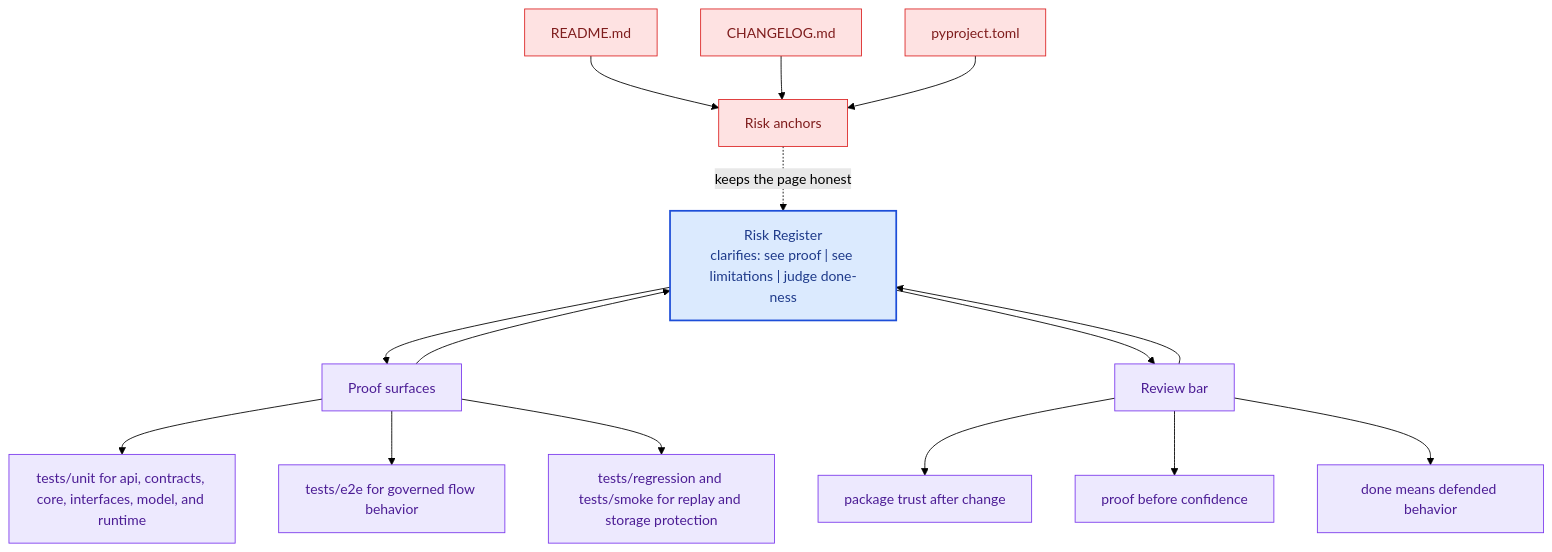
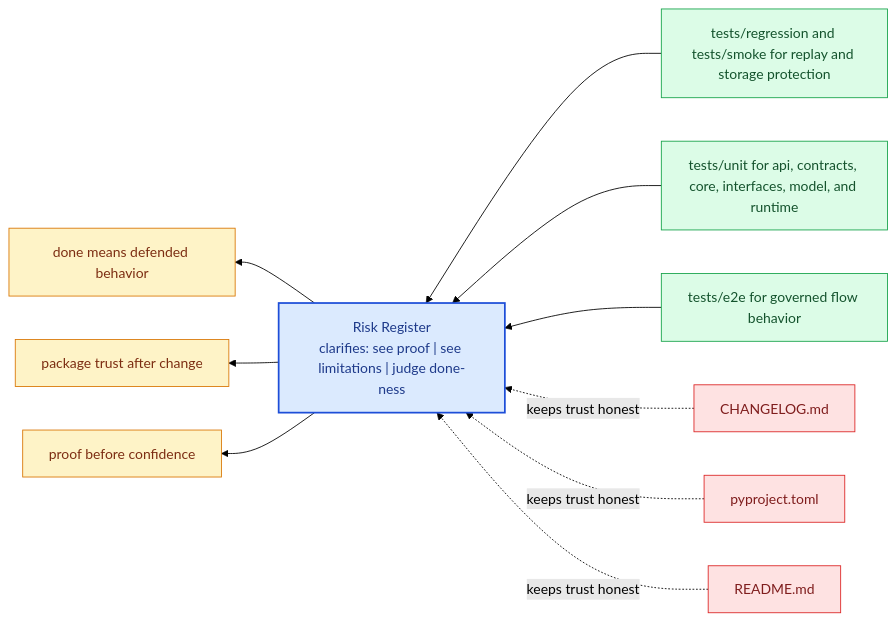
One commit to bijux/bijux-canon changed the diagram in docs/bijux-canon-runtime/quality/risk-register.md. Above: the diagram before and after it, drawn with Mermaid (forest theme). The commit also changed other lines of this file and 281 other files, not shown here.

Commit message:
docs(diagrams): replace repeated mermaid scaffolds with page-specific summaries

````diff
--- a/docs/bijux-canon-runtime/quality/risk-register.md
+++ b/docs/bijux-canon-runtime/quality/risk-register.md
@@ -68,41 +23,31 @@
 ```mermaid
-flowchart TB
-    promise["Risk Register<br/>clarifies: see proof | see limitations | judge done-ness"]
-    classDef promise fill:#dbeafe,stroke:#1d4ed8,color:#1e3a8a,stroke-width:2px;
-    classDef driver fill:#dcfce7,stroke:#16a34a,color:#14532d;
-    classDef constraint fill:#fee2e2,stroke:#dc2626,color:#7f1d1d;
-    classDef ground fill:#ede9fe,stroke:#7c3aed,color:#4c1d95;
-    focus1["Proof surfaces"]
-    focus1 --> promise
-    promise --> focus1
-    focus1_1["tests/unit for api, contracts, core, interfaces, model, and runtime"]
-    focus1 --> focus1_1
-    focus1_2["tests/e2e for governed flow behavior"]
-    focus1 --> focus1_2
-    focus1_3["tests/regression and tests/smoke for replay and storage protection"]
-    focus1 --> focus1_3
-    class focus1 ground;
-    class focus1_1,focus1_2,focus1_3 ground;
-    focus2["Risk anchors"]
-    focus2 -.keeps the page honest.-> promise
-    focus2_1["README.md"]
-    focus2_1 --> focus2
-    focus2_2["CHANGELOG.md"]
-    focus2_2 --> focus2
-    focus2_3["pyproject.toml"]
-    focus2_3 --> focus2
-    class focus2 constraint;
-    class focus2_1,focus2_2,focus2_3 constraint;
-    focus3["Review bar"]
-    focus3 --> promise
-    promise --> focus3
-    focus3_1["package trust after change"]
-    focus3 --> focus3_1
-    focus3_2["proof before confidence"]
-    focus3 --> focus3_2
-    focus3_3["done means defended behavior"]
-    focus3 --> focus3_3
-    class focus3 ground;
-    class focus3_1,focus3_2,focus3_3 ground;
-    class promise promise;
+flowchart RL
+    page["Risk Register<br/>clarifies: see proof | see limitations | judge done-ness"]
+    classDef page fill:#dbeafe,stroke:#1d4ed8,color:#1e3a8a,stroke-width:2px;
+    classDef positive fill:#dcfce7,stroke:#16a34a,color:#14532d;
+    classDef caution fill:#fee2e2,stroke:#dc2626,color:#7f1d1d;
+    classDef anchor fill:#ede9fe,stroke:#7c3aed,color:#4c1d95;
+    classDef action fill:#fef3c7,stroke:#d97706,color:#7c2d12;
+    proof1["tests/regression and tests/smoke for replay and storage protection"]
+    proof1 --> page
+    proof2["tests/unit for api, contracts, core, interfaces, model, and runtime"]
+    proof2 --> page
+    proof3["tests/e2e for governed flow behavior"]
+    proof3 --> page
+    risk1["CHANGELOG.md"]
+    risk1 -.keeps trust honest.-> page
+    risk2["pyproject.toml"]
+    risk2 -.keeps trust honest.-> page
+    risk3["README.md"]
+    risk3 -.keeps trust honest.-> page
+    bar1["done means defended behavior"]
+    page --> bar1
+    bar2["package trust after change"]
+    page --> bar2
+    bar3["proof before confidence"]
+    page --> bar3
+    class page page;
+    class proof1,proof2,proof3 positive;
+    class risk1,risk2,risk3 caution;
+    class bar1,bar2,bar3 action;
 ```
````
